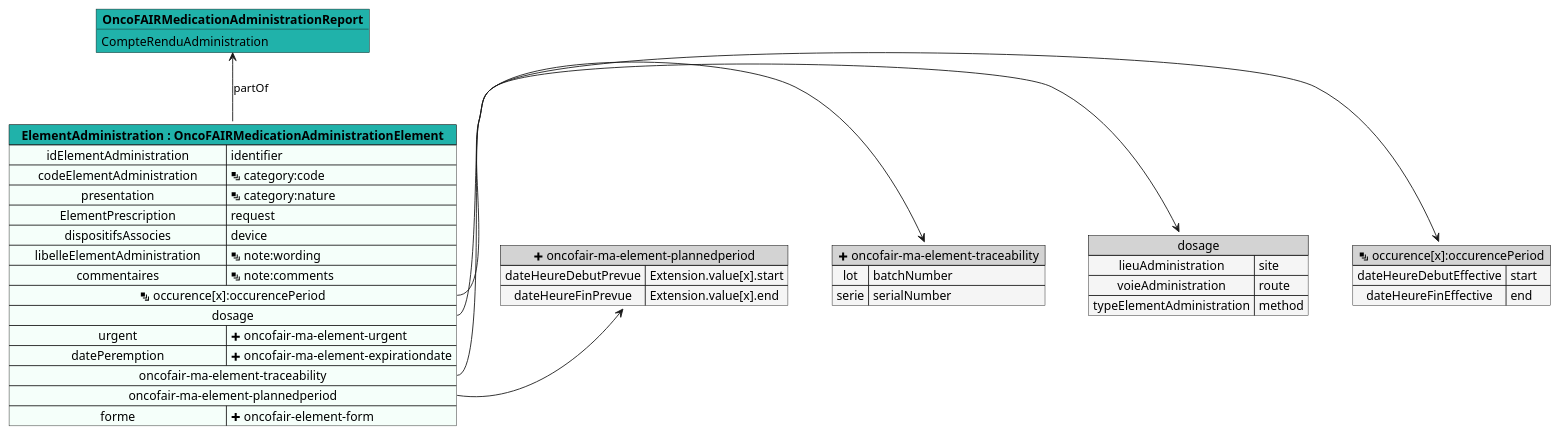
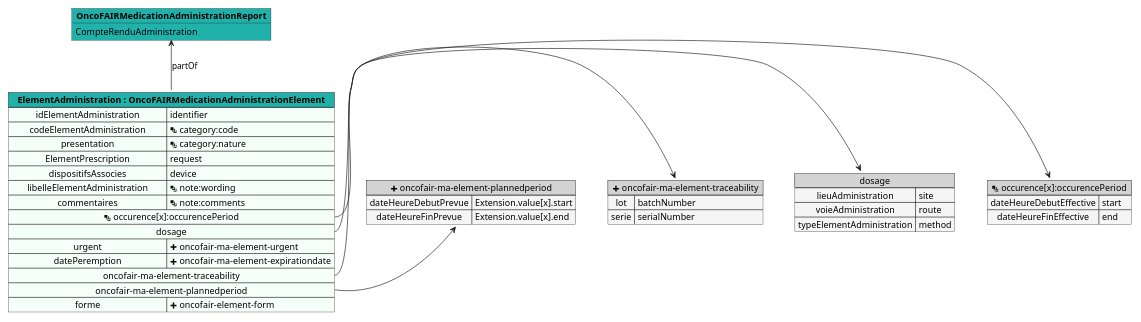
Before and after one commit to ONCOFAIR/FHIR-ImplementationGuide-Article: the diagram in input/images-source/OncoFAIRMedicationAdministrationElement.plantuml, drawn with PlantUML. The commit also changed 1 other file, not shown here.

```diff
--- a/input/images-source/OncoFAIRMedicationAdministrationElement.plantuml
+++ b/input/images-source/OncoFAIRMedicationAdministrationElement.plantuml
@@ -1,49 +1,50 @@
 @startuml
 
+scale 1300 width
 
 map "<&layers> occurence[x]:occurencePeriod" as occurencexoccurencePeriod #back:WhiteSmoke;header:LightGray {
     dateHeureDebutEffective => start
     dateHeureFinEffective => end
 }
 
 map "dosage" as dosage #back:WhiteSmoke;header:LightGray {
     lieuAdministration => site
     voieAdministration => route
     typeElementAdministration => method
 }
 
 object "**OncoFAIRMedicationAdministrationReport**" as OncoFAIRMedicationAdministrationReport #LightSeaGreen {
     CompteRenduAdministration
 }
 
 map "<&plus> oncofair-ma-element-traceability" as oncofairmaelementtraceability #back:WhiteSmoke;header:LightGray {
     lot => batchNumber
     serie => serialNumber
 }
 
 map "<&plus> oncofair-ma-element-plannedperiod" as oncofairmaelementplannedperiod #back:WhiteSmoke;header:LightGray {
     dateHeureDebutPrevue => Extension.value[x].start
     dateHeureFinPrevue => Extension.value[x].end
 }
 
 map "**ElementAdministration : OncoFAIRMedicationAdministrationElement**" as ElementAdministration #back:MintCream;header:LightSeaGreen {
     idElementAdministration => identifier
     codeElementAdministration => category
     codeElementAdministration => <&layers> category:code
     presentation => <&layers> category:nature
     ElementPrescription => request
     dispositifsAssocies => device
     libelleElementAdministration => <&layers> note:wording
     commentaires => <&layers> note:comments
     <&layers> occurence[x]:occurencePeriod *-> occurencexoccurencePeriod
     dosage *-> dosage
     urgent => <&plus> oncofair-ma-element-urgent
     datePeremption => <&plus> oncofair-ma-element-expirationdate
     oncofair-ma-element-traceability *-> oncofairmaelementtraceability
     oncofair-ma-element-plannedperiod *-> oncofairmaelementplannedperiod
     forme => <&plus> oncofair-element-form
 }
 
 ElementAdministration -u-> OncoFAIRMedicationAdministrationReport : partOf
 
 @enduml
```
